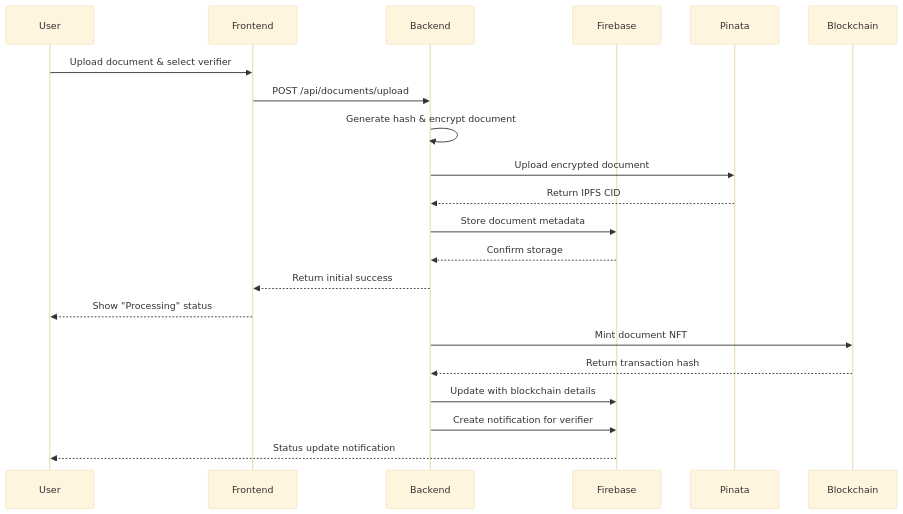
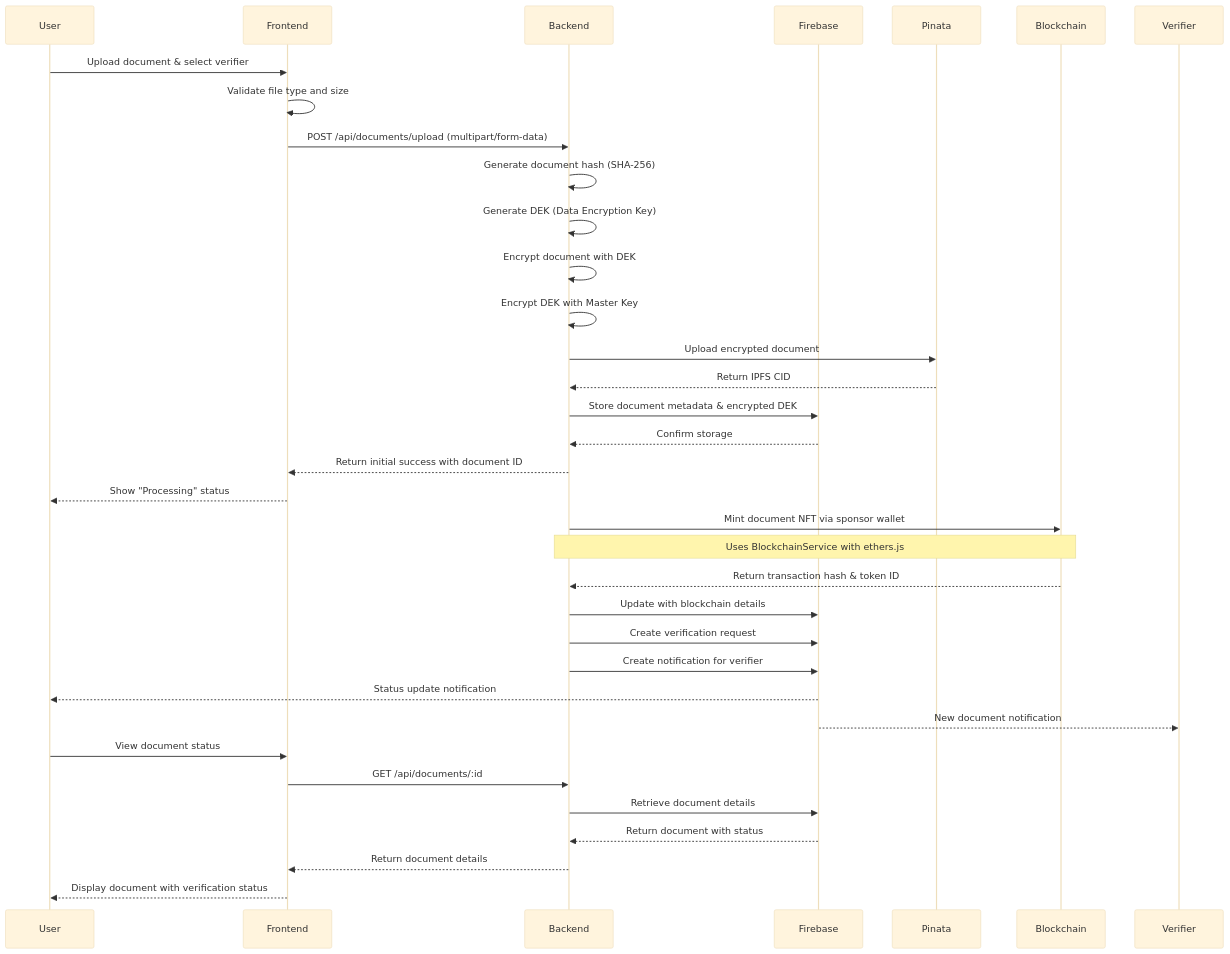
One commit to TheDonCipher/authentico-bolt changed the diagram in docs/diagrams/document-upload-flow.md. Above: the diagram before and after it, drawn with Mermaid (base theme). The commit also changed 255 other files, not shown here.

````diff
--- a/docs/diagrams/document-upload-flow.md
+++ b/docs/diagrams/document-upload-flow.md
@@ -1,24 +1,38 @@
 ```mermaid
 sequenceDiagram
     participant User
     participant Frontend
     participant Backend
     participant Firebase
     participant Pinata
     participant Blockchain
+    participant Verifier
 
     User->>Frontend: Upload document & select verifier
-    Frontend->>Backend: POST /api/documents/upload
-    Backend->>Backend: Generate hash & encrypt document
+    Frontend->>Frontend: Validate file type and size
+    Frontend->>Backend: POST /api/documents/upload (multipart/form-data)
+    Backend->>Backend: Generate document hash (SHA-256)
+    Backend->>Backend: Generate DEK (Data Encryption Key)
+    Backend->>Backend: Encrypt document with DEK
+    Backend->>Backend: Encrypt DEK with Master Key
     Backend->>Pinata: Upload encrypted document
     Pinata-->>Backend: Return IPFS CID
-    Backend->>Firebase: Store document metadata
+    Backend->>Firebase: Store document metadata & encrypted DEK
     Firebase-->>Backend: Confirm storage
-    Backend-->>Frontend: Return initial success
+    Backend-->>Frontend: Return initial success with document ID
     Frontend-->>User: Show "Processing" status
-    Backend->>Blockchain: Mint document NFT
-    Blockchain-->>Backend: Return transaction hash
+    Backend->>Blockchain: Mint document NFT via sponsor wallet
+    Note over Backend,Blockchain: Uses BlockchainService with ethers.js
+    Blockchain-->>Backend: Return transaction hash & token ID
     Backend->>Firebase: Update with blockchain details
+    Backend->>Firebase: Create verification request
     Backend->>Firebase: Create notification for verifier
     Firebase-->>User: Status update notification
+    Firebase-->>Verifier: New document notification
+    User->>Frontend: View document status
+    Frontend->>Backend: GET /api/documents/:id
+    Backend->>Firebase: Retrieve document details
+    Firebase-->>Backend: Return document with status
+    Backend-->>Frontend: Return document details
+    Frontend-->>User: Display document with verification status
 ```
````
